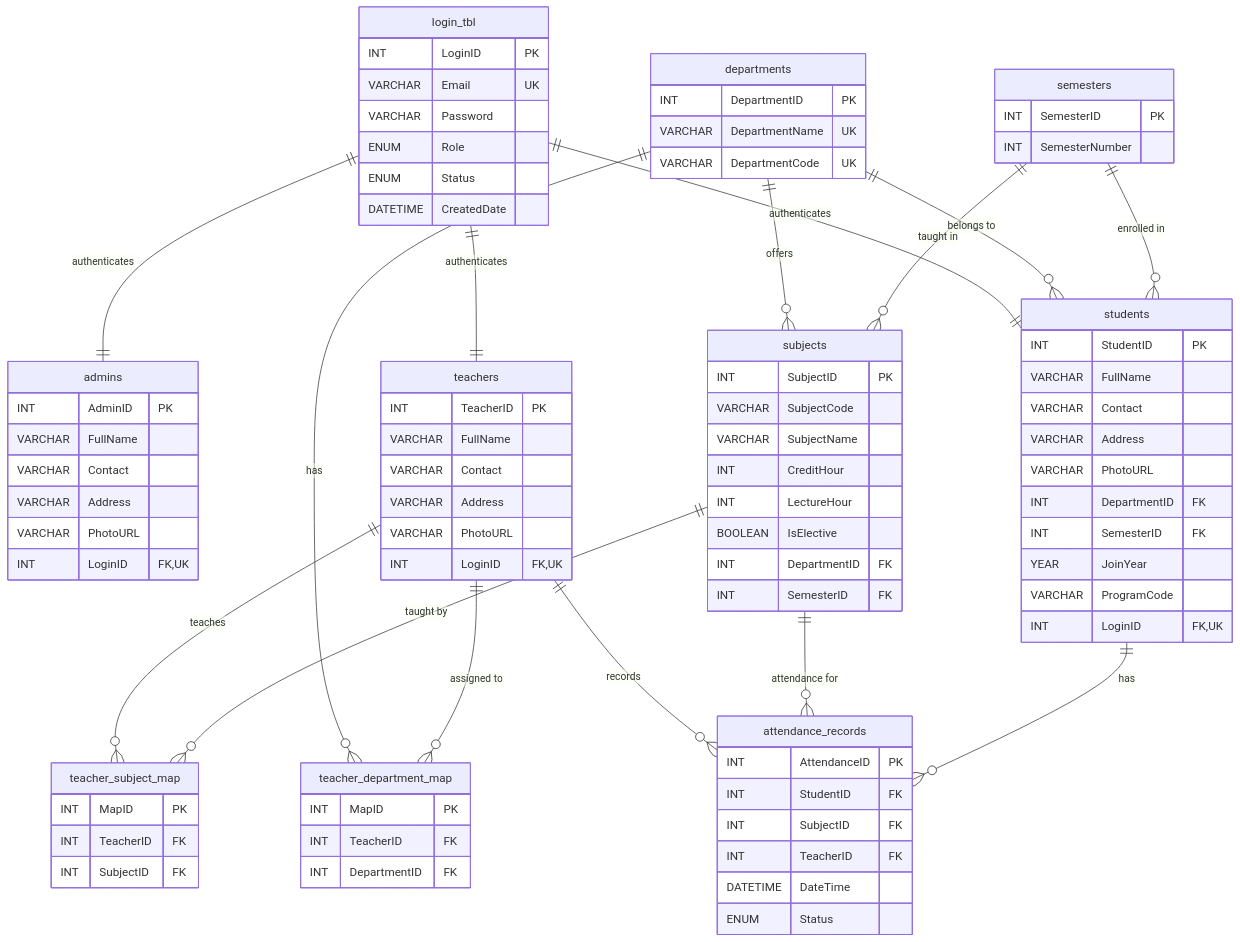
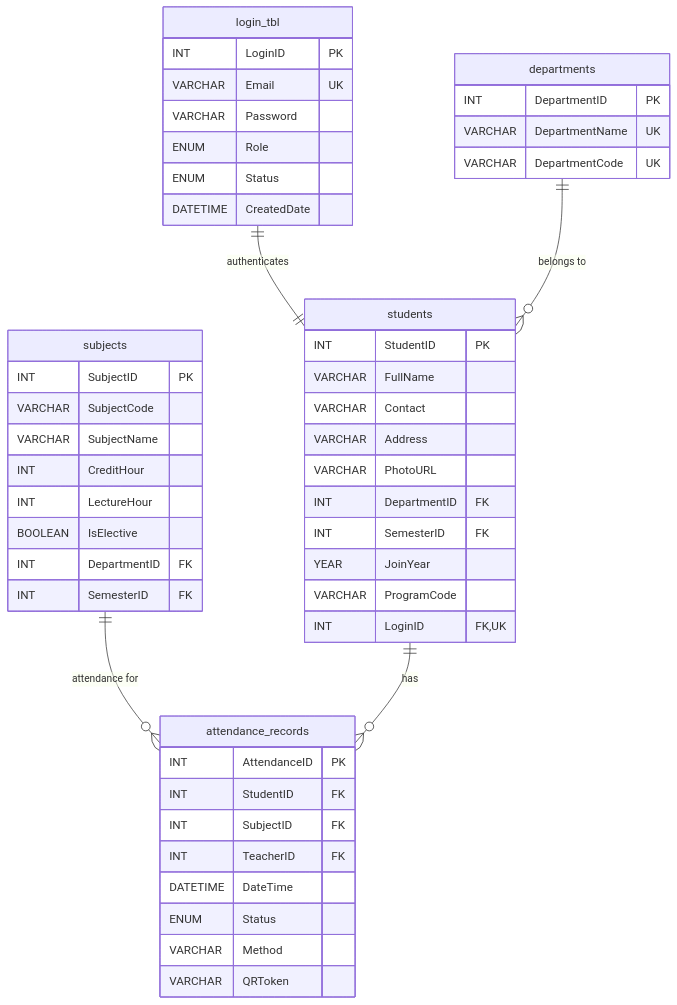
The diagram in README.md (Ramoniswack/AttendifyPlus), drawn with Mermaid before and after one commit. The commit also changed other lines of this file and 3 other files, not shown here.

````diff
--- a/README.md
+++ b/README.md
@@ -176,5 +211,5 @@
 ```mermaid
-  erDiagram
+erDiagram
     login_tbl {
         INT LoginID PK
         VARCHAR Email UK
@@ -188,29 +223,6 @@
         INT DepartmentID PK
         VARCHAR DepartmentName UK
         VARCHAR DepartmentCode UK
-    }
-
-    semesters {
-        INT SemesterID PK
-        INT SemesterNumber
-    }
-
-    admins {
-        INT AdminID PK
-        VARCHAR FullName
-        VARCHAR Contact
-        VARCHAR Address
-        VARCHAR PhotoURL
-        INT LoginID FK,UK
-    }
-
-    teachers {
-        INT TeacherID PK
-        VARCHAR FullName
-        VARCHAR Contact
-        VARCHAR Address
-        VARCHAR PhotoURL
-        INT LoginID FK,UK
     }
 
     students {
@@ -237,18 +249,6 @@
         INT SemesterID FK
     }
 
-    teacher_subject_map {
-        INT MapID PK
-        INT TeacherID FK
-        INT SubjectID FK
-    }
-
-    teacher_department_map {
-        INT MapID PK
-        INT TeacherID FK
-        INT DepartmentID FK
-    }
-
     attendance_records {
         INT AttendanceID PK
         INT StudentID FK
@@ -256,26 +256,13 @@
         INT TeacherID FK
         DATETIME DateTime
         ENUM Status
+        VARCHAR Method
+        VARCHAR QRToken
     }
 
-    %% Relationships
-    login_tbl ||--|| admins : "authenticates"
-    login_tbl ||--|| teachers : "authenticates"
+    %% Key relationships
     login_tbl ||--|| students : "authenticates"
-
     departments ||--o{ students : "belongs to"
-    departments ||--o{ subjects : "offers"
-    departments ||--o{ teacher_department_map : "has"
-
-    semesters ||--o{ students : "enrolled in"
-    semesters ||--o{ subjects : "taught in"
-
-    teachers ||--o{ teacher_subject_map : "teaches"
-    teachers ||--o{ teacher_department_map : "assigned to"
-    teachers ||--o{ attendance_records : "records"
-
-    subjects ||--o{ teacher_subject_map : "taught by"
     subjects ||--o{ attendance_records : "attendance for"
-
     students ||--o{ attendance_records : "has"
 ```
````
